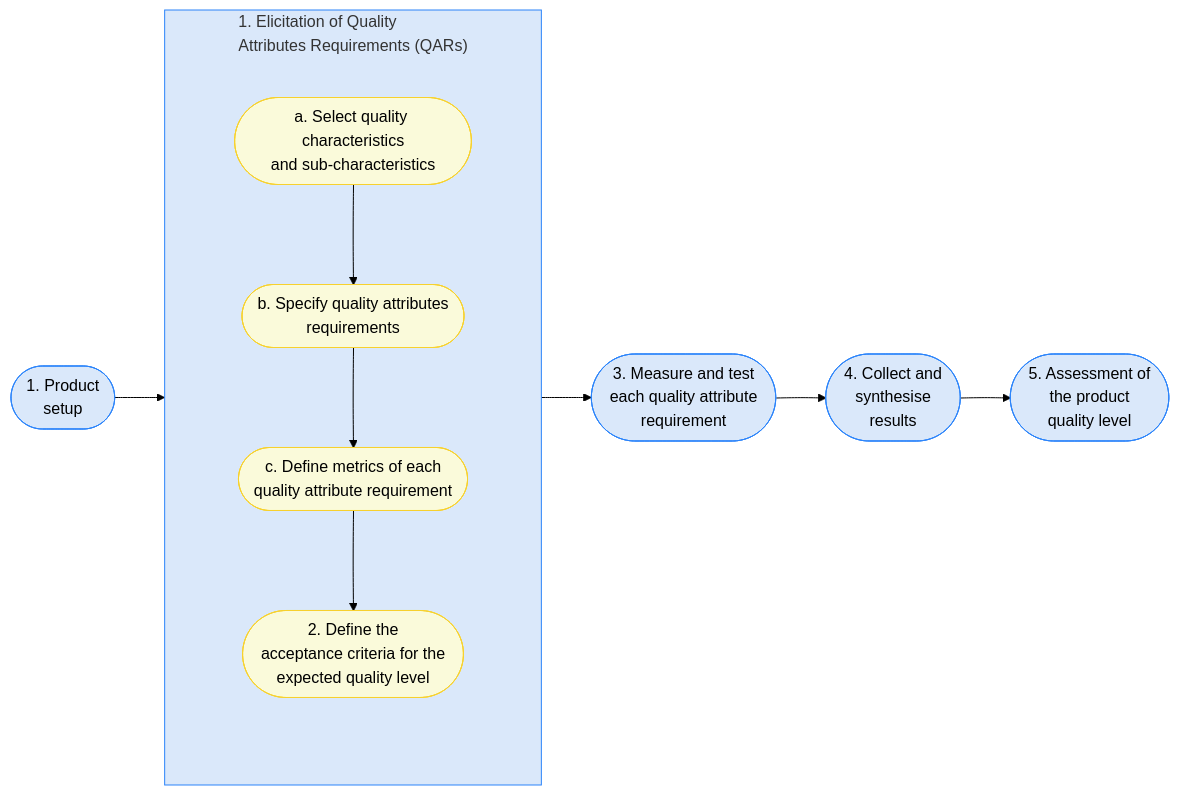
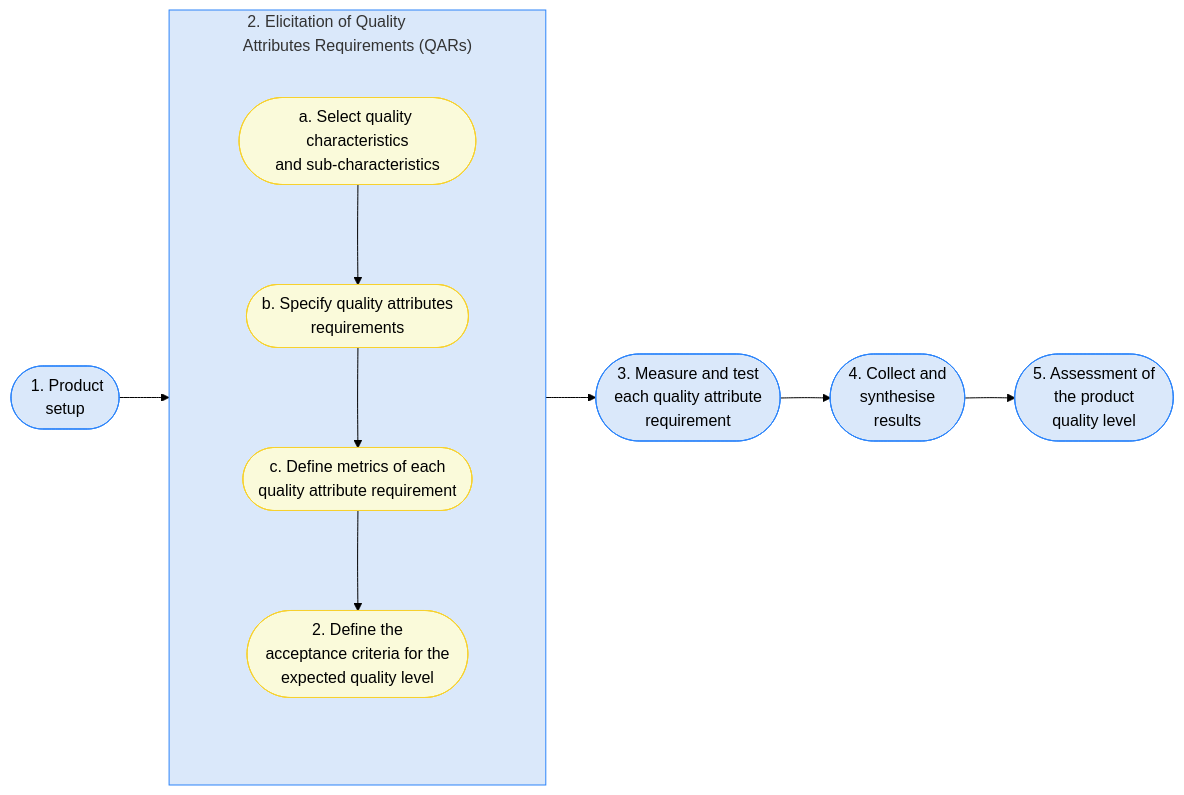
The diagram in notes/unit8_metrics/internal.md (edinburgh-napier/SET09102), drawn with Mermaid (forest theme) before and after one commit.

````diff
--- a/notes/unit8_metrics/internal.md
+++ b/notes/unit8_metrics/internal.md
@@ -393,40 +393,40 @@
 ``` mermaid
 flowchart LR
     classDef invisible stroke:none,fill:none
     classDef mainStep fill:#dae8fa,stroke:#2c84fa
     classDef subStep fill:#fafada,stroke:#f7d12e
 
-    subgraph id2["1. Elicitation of Quality<br/>Attributes Requirements (QARs)"]
+    subgraph id2["&nbsp;2. Elicitation of Quality<br/>Attributes Requirements (QARs)"]
         subgraph spacer [ ]
             direction TB
             id2a --> id2b
             id2b --> id2c
             id2c --> id2d
         end
     end
 
-    id1(["1. Product<br/>setup"])
+    id1(["&nbsp;1. Product<br/>setup"])
     id2a(["a. Select quality characteristics<br/>and sub-characteristics"])
     id2b(["b. Specify quality attributes<br/>requirements"])
     id2c(["c. Define metrics of each<br/>quality attribute requirement"])
     id2d(["2. Define the<br/>acceptance criteria for the<br/>expected quality level"])
     id3(["3. Measure and test<br/>each quality attribute<br/>requirement"])
     id4(["4. Collect and<br/>synthesise<br/>results"])
     id5(["5. Assessment of<br/>the product<br/>quality level"])
 
     id1 --> id2
     id2 --> id3
     id3 --> id4
     id4 --> id5
 
     class spacer invisible
     class id1 mainStep
     class id2 mainStep
     class id3 mainStep
     class id4 mainStep
     class id5 mainStep
     class id2a subStep
     class id2b subStep
     class id2c subStep
     class id2d subStep
 ```
````
